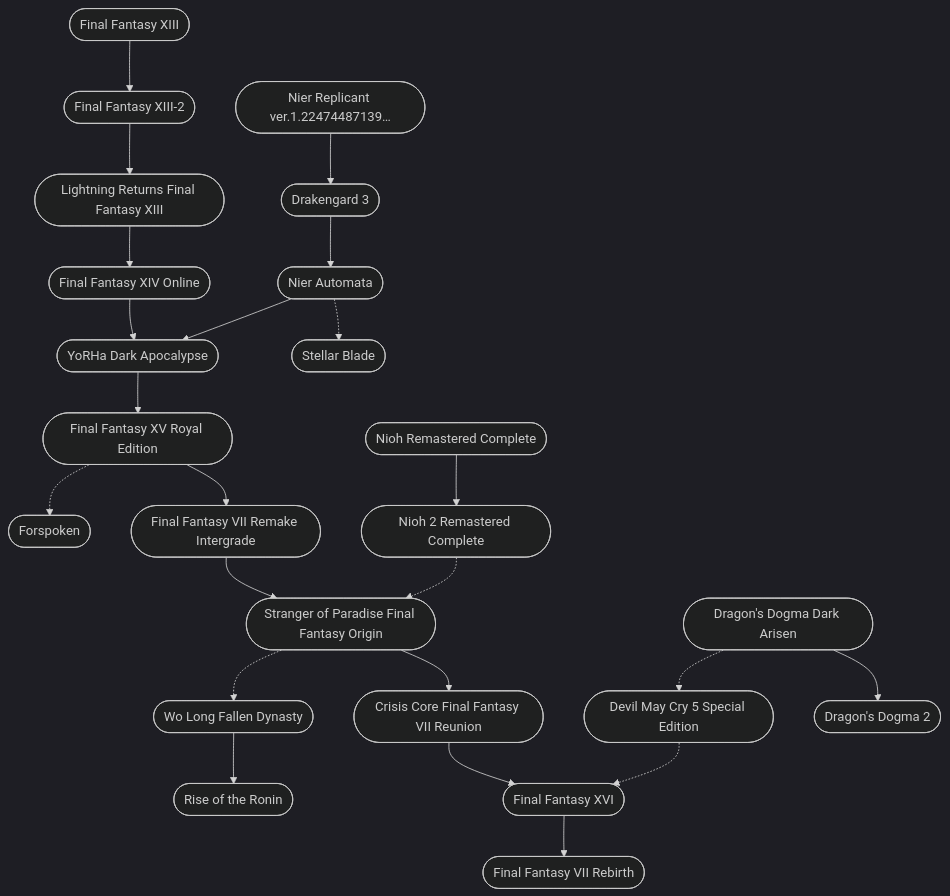
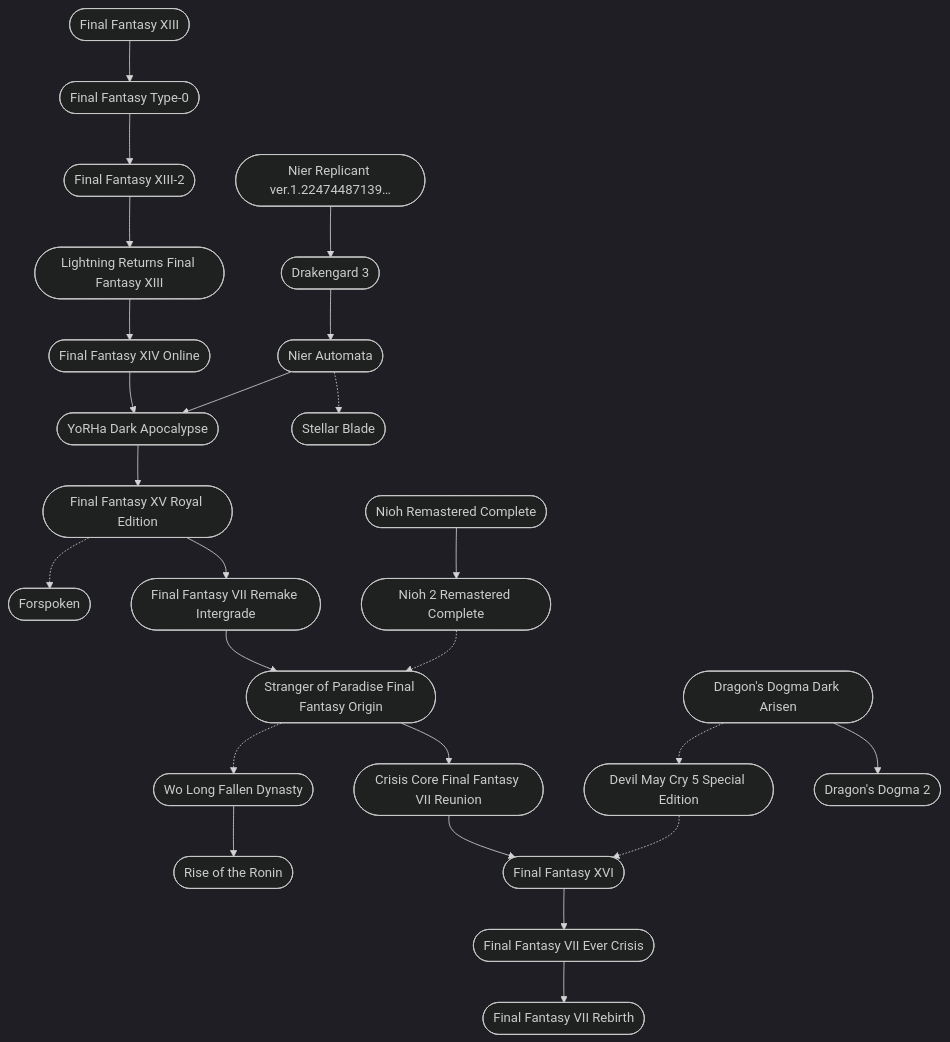
The diagram in collections/playlists/Fantasy Action.md (steinea/obsidian-vault), drawn with Mermaid (dark theme) before and after one commit. The commit also changed other lines of this file and 5 other files, not shown here.

````diff
--- a/collections/playlists/Fantasy Action.md
+++ b/collections/playlists/Fantasy Action.md
@@ -42,50 +44,52 @@
 ```mermaid
 flowchart TD;
 
 FFXIII(["Final Fantasy XIII"])
+FFT0(["Final Fantasy Type-0"])
 FFXIII2(["Final Fantasy XIII-2"])
 LRFFXIII(["Lightning Returns Final Fantasy XIII"])
 
 FFXIVO(["Final Fantasy XIV Online"])
 FFXVRE(["Final Fantasy XV Royal Edition"]) 
 FRSPKN(["Forspoken"])
 
 FFVIIRI(["Final Fantasy VII Remake Intergrade"])
 CCFFVIIR(["Crisis Core Final Fantasy VII Reunion"])
+FFVIIEC(["Final Fantasy VII Ever Crisis"])
 FFVIIR(["Final Fantasy VII Rebirth"])
 
 NIOH(["Nioh Remastered Complete"])
 NIOH2(["Nioh 2 Remastered Complete"])
 SOPFFO(["Stranger of Paradise Final Fantasy Origin"])
 WLFD(["Wo Long Fallen Dynasty"])
 ROTR(["Rise of the Ronin"])
 
 DDDA(["Dragon's Dogma Dark Arisen"])
 DMC5SE(["Devil May Cry 5 Special Edition"])
 FFXVI(["Final Fantasy XVI"])
 DD2(["Dragon's Dogma 2"])
 
 NIERRV(["Nier Replicant ver.1.22474487139…"])
 DG3(["Drakengard 3"])
 NIERA(["Nier Automata"])
 YORHADA(["YoRHa Dark Apocalypse"])
 
 STELLAR(["Stellar Blade"])
 
-FFXIII --> FFXIII2 --> LRFFXIII --> FFXIVO --> YORHADA --> FFXVRE --> FFVIIRI --> SOPFFO --> CCFFVIIR --> FFXVI --> FFVIIR
+FFXIII --> FFT0 --> FFXIII2 --> LRFFXIII --> FFXIVO --> YORHADA --> FFXVRE --> FFVIIRI --> SOPFFO --> CCFFVIIR --> FFXVI --> FFVIIEC --> FFVIIR
 
 NIOH --> NIOH2 -.-> SOPFFO -.-> WLFD --> ROTR
 
 DDDA -.-> DMC5SE -.-> FFXVI
 
 DDDA --> DD2
 
 NIERRV --> DG3 --> NIERA --> YORHADA
 
 FFXVRE -.-> FRSPKN
 
 NIERA -.-> STELLAR
 
-class FFXIII,FFXIII2,LRFFXIII,FFXVRE,FFVIIRI,CCFFVIIR,NIOH,NIOH2,SOPFFO,WLFD,DDDA,DMC5SE,FFXVI,FFVIIR,ROTR,FFXIVO,DG3,NIERRV,NIERA,YORHADA,DD2,FRSPKN,STELLAR internal-link;
+class FFXIII,FFXIII2,LRFFXIII,FFXVRE,FFVIIRI,CCFFVIIR,NIOH,NIOH2,SOPFFO,WLFD,DDDA,DMC5SE,FFXVI,FFVIIR,ROTR,FFXIVO,DG3,NIERRV,NIERA,YORHADA,DD2,FRSPKN,STELLAR,FFVIIEC,FFT0 internal-link;
 
 ```
````
